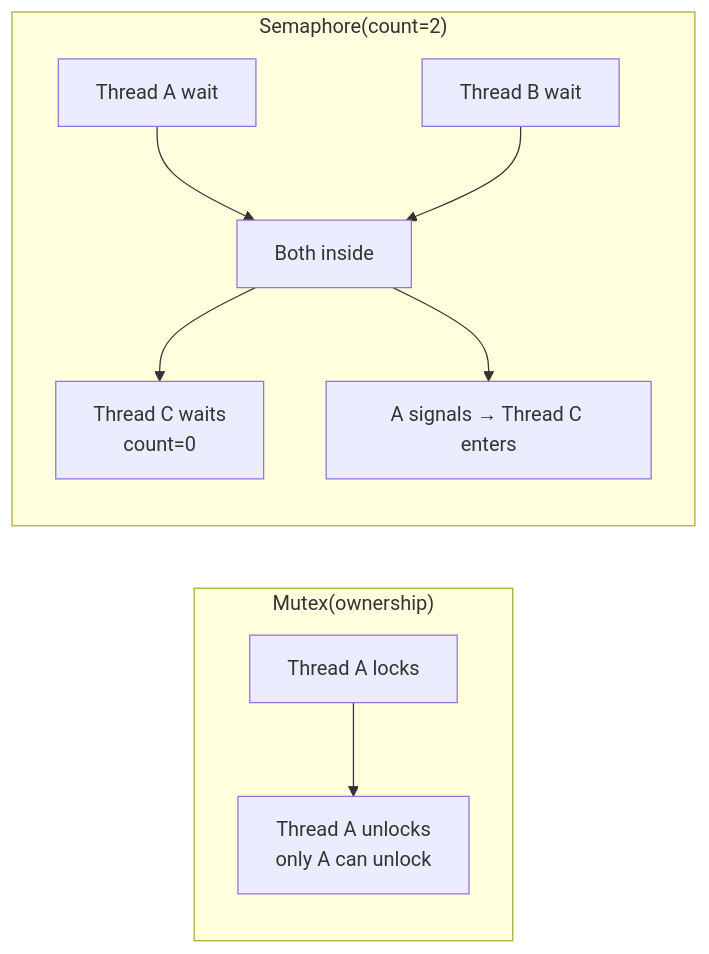
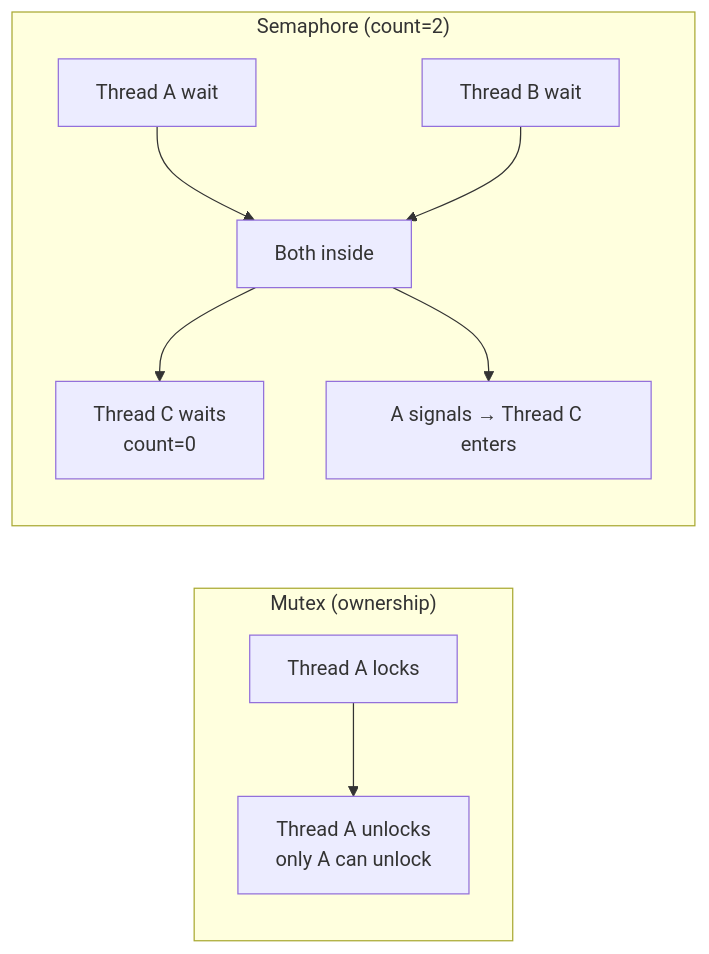
The diagram in content/questions/fundamentals/mutex-vs-semaphore.md (pploc/swe-icon-the-moment), drawn with Mermaid before and after one commit. The commit also changed 95 other files, not shown here.

Commit message:
fix: update the practice mode diagram bug not display

````diff
--- a/content/questions/fundamentals/mutex-vs-semaphore.md
+++ b/content/questions/fundamentals/mutex-vs-semaphore.md
@@ -41,15 +41,16 @@
 ```mermaid
 flowchart LR
-    subgraph Mutex["Mutex(ownership)"]
+    subgraph Mutex ["Mutex (ownership)"]
         MA["Thread A locks"] --> MB["Thread A unlocks\nonly A can unlock"]
     end
-    subgraph Semaphore["Semaphore(count=2)"]
+    subgraph Semaphore ["Semaphore (count=2)"]
         SA["Thread A wait"] --> SC["Both inside"]
         SB["Thread B wait"] --> SC
         SC --> SD["Thread C waits\ncount=0"]
         SC --> SE["A signals → Thread C enters"]
     end
 
 
 
+
 ```
````
